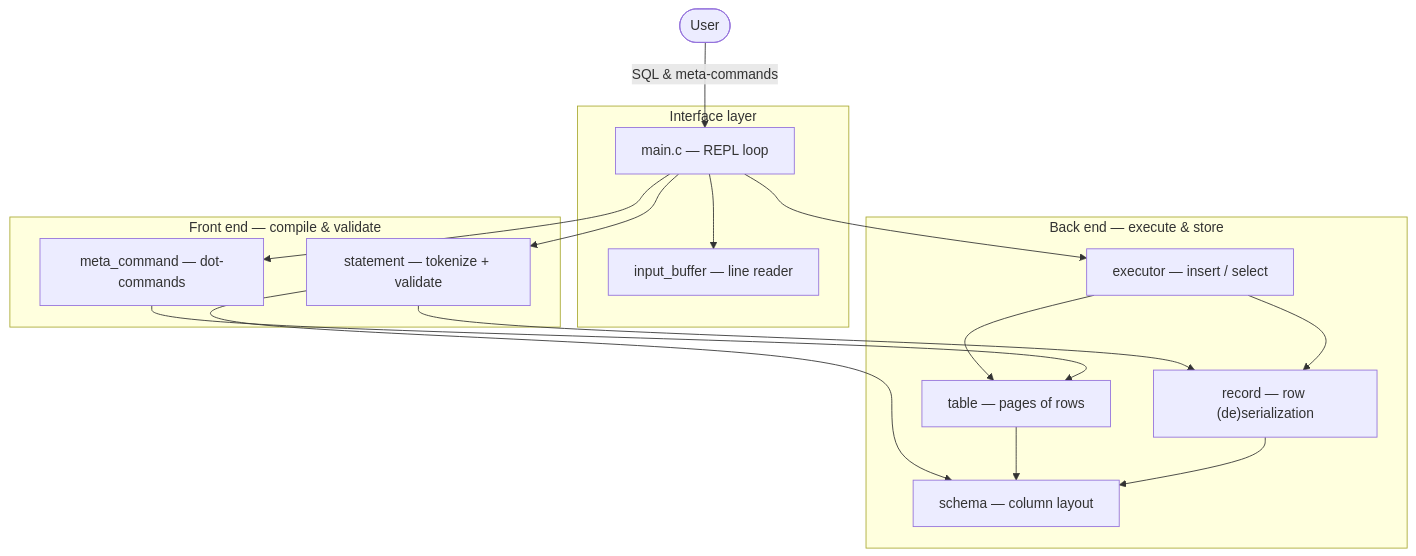
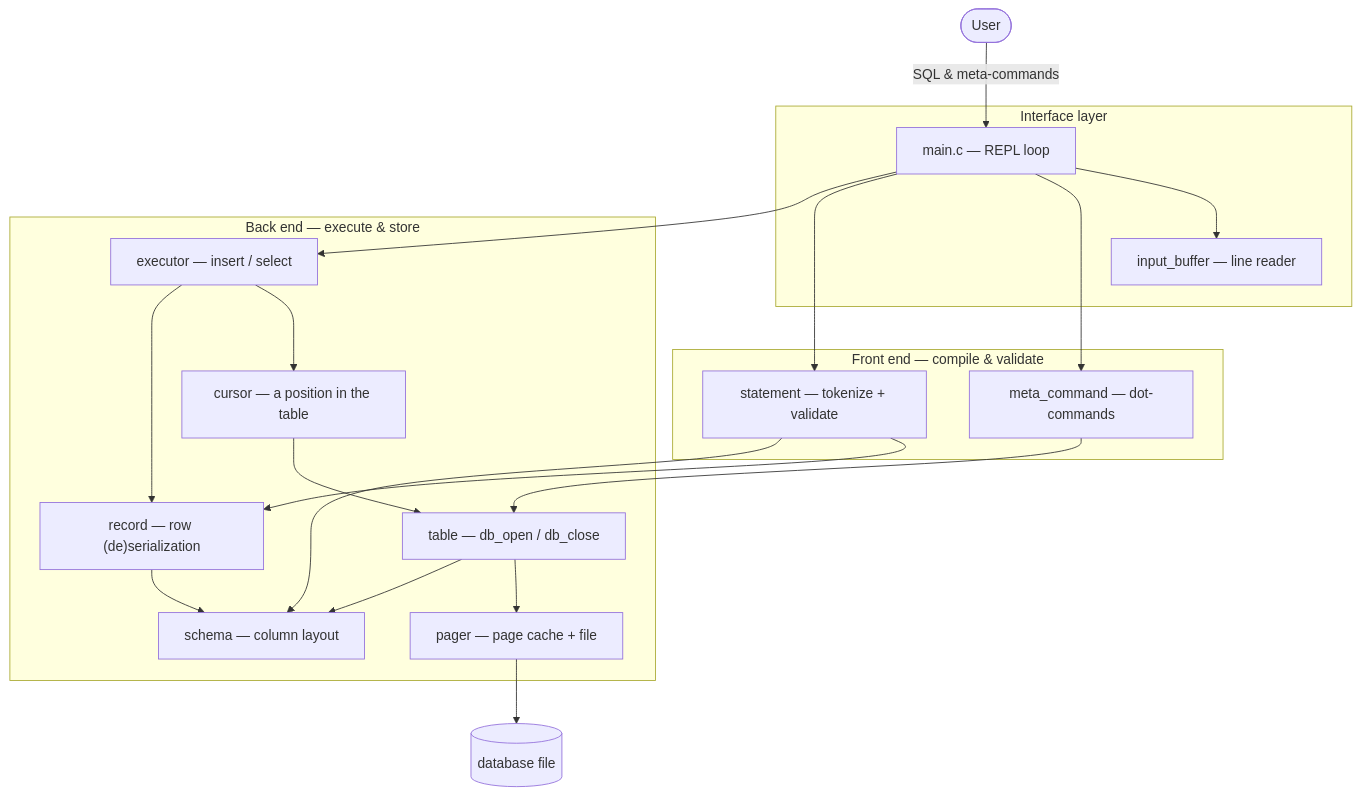
The first of 14 diagrams in README.md (Rohitangshu2026/mini-sql), drawn with Mermaid before and after one commit. The commit also changed other lines of this file, not shown here.

Commit message:
docs: update README for disk persistence and the cursor abstraction

````diff
--- a/README.md
+++ b/README.md
@@ -98,33 +103,40 @@
 ```mermaid
 flowchart TD
     User([User]) -->|SQL & meta-commands| REPL
 
     subgraph Interface["Interface layer"]
         REPL["main.c — REPL loop"]
         IB["input_buffer — line reader"]
     end
 
     subgraph Frontend["Front end — compile & validate"]
         META["meta_command — dot-commands"]
         STMT["statement — tokenize + validate"]
     end
 
     subgraph Backend["Back end — execute & store"]
         EXEC["executor — insert / select"]
-        TABLE["table — pages of rows"]
+        CUR["cursor — a position in the table"]
+        TABLE["table — db_open / db_close"]
         REC["record — row (de)serialization"]
         SCHEMA["schema — column layout"]
+        PAGER["pager — page cache + file"]
     end
+
+    FILE[("database file")]
 
     REPL --> IB
     REPL --> META
     REPL --> STMT
     REPL --> EXEC
     STMT --> REC
     STMT --> SCHEMA
-    EXEC --> TABLE
+    EXEC --> CUR
     EXEC --> REC
+    CUR --> TABLE
+    TABLE --> PAGER
     TABLE --> SCHEMA
     REC --> SCHEMA
     META --> TABLE
+    PAGER --> FILE
 ```
````
